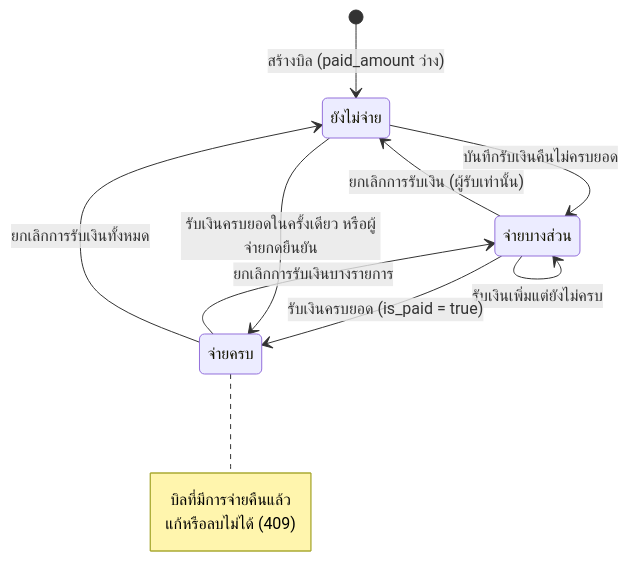
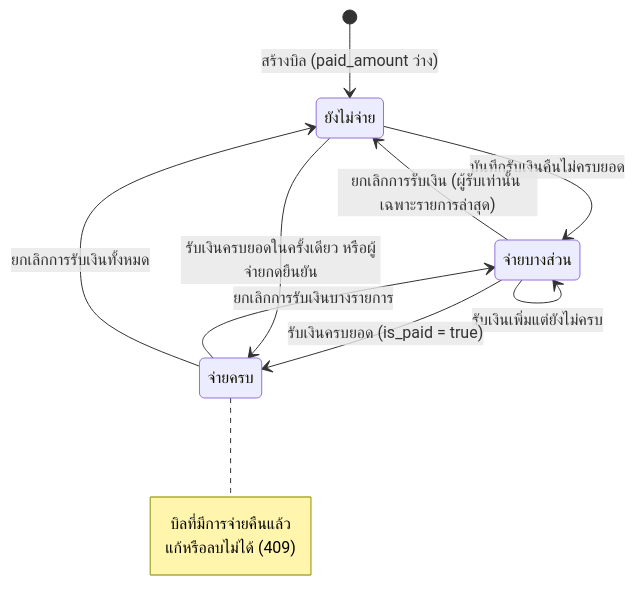
The second of 3 diagrams in doc/diagrams/07-state-diagram.md (txark/Trip_Spitter), drawn with Mermaid before and after one commit. The commit also changed 6 other files, not shown here.

Commit message:
docs: update diagrams and test report for smallest-first repayment and latest-only undo

````diff
--- a/doc/diagrams/07-state-diagram.md
+++ b/doc/diagrams/07-state-diagram.md
@@ -25,15 +25,15 @@
 ```mermaid
 stateDiagram-v2
     [*] --> ยังไม่จ่าย : สร้างบิล (paid_amount ว่าง)
     ยังไม่จ่าย --> จ่ายบางส่วน : บันทึกรับเงินคืนไม่ครบยอด
     จ่ายบางส่วน --> จ่ายบางส่วน : รับเงินเพิ่มแต่ยังไม่ครบ
     จ่ายบางส่วน --> จ่ายครบ : รับเงินครบยอด (is_paid = true)
     ยังไม่จ่าย --> จ่ายครบ : รับเงินครบยอดในครั้งเดียว หรือผู้จ่ายกดยืนยัน
-    จ่ายบางส่วน --> ยังไม่จ่าย : ยกเลิกการรับเงิน (ผู้รับเท่านั้น)
+    จ่ายบางส่วน --> ยังไม่จ่าย : ยกเลิกการรับเงิน (ผู้รับเท่านั้น เฉพาะรายการล่าสุด)
     จ่ายครบ --> จ่ายบางส่วน : ยกเลิกการรับเงินบางรายการ
     จ่ายครบ --> ยังไม่จ่าย : ยกเลิกการรับเงินทั้งหมด
     note right of จ่ายครบ
         บิลที่มีการจ่ายคืนแล้ว
         แก้หรือลบไม่ได้ (409)
     end note
 ```
````
